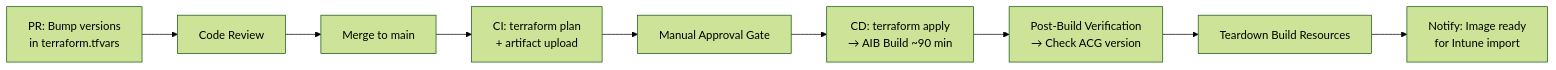
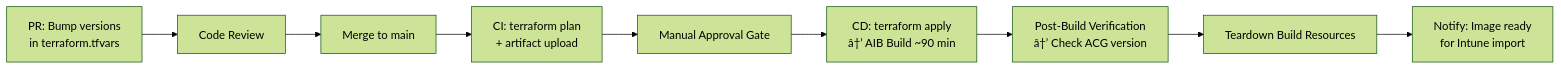
Before and after one commit to kkaminsk/W365ClawBook: the fifth of 6 diagrams in README.md, drawn with Mermaid (forest theme). The commit also changed other lines of this file, not shown here.

First line of the commit message:
README: fix encoding and update build defaults

````diff
--- a/README.md
+++ b/README.md
@@ -2097,11 +2085,11 @@
 ```mermaid
 graph LR
     PR[PR: Bump versions<br/>in terraform.tfvars] --> REVIEW[Code Review]
     REVIEW --> MERGE[Merge to main]
     MERGE --> PLAN[CI: terraform plan<br/>+ artifact upload]
     PLAN --> APPROVE[Manual Approval Gate]
-    APPROVE --> APPLY[CD: terraform apply<br/>→ AIB Build ~90 min]
-    APPLY --> VERIFY[Post-Build Verification<br/>→ Check ACG version]
+    APPROVE --> APPLY[CD: terraform apply<br/>â†’ AIB Build ~90 min]
+    APPLY --> VERIFY[Post-Build Verification<br/>â†’ Check ACG version]
     VERIFY --> TEARDOWN[Teardown Build Resources]
     TEARDOWN --> NOTIFY[Notify: Image ready<br/>for Intune import]
 ```
````
